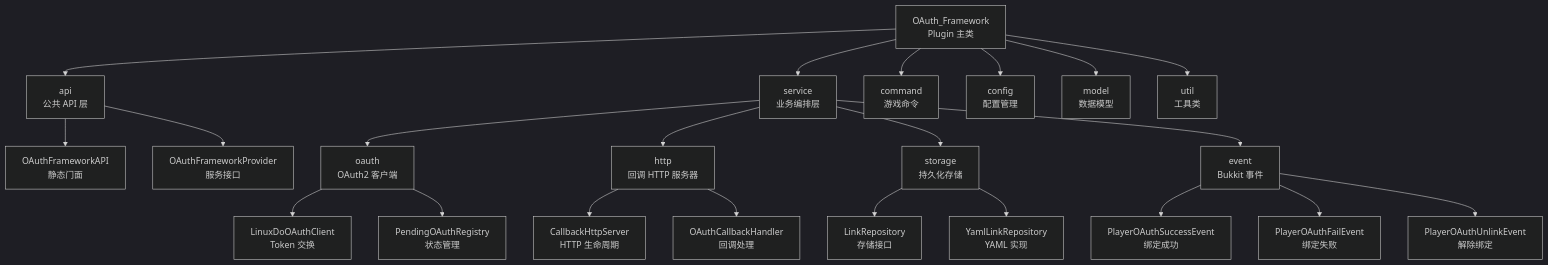
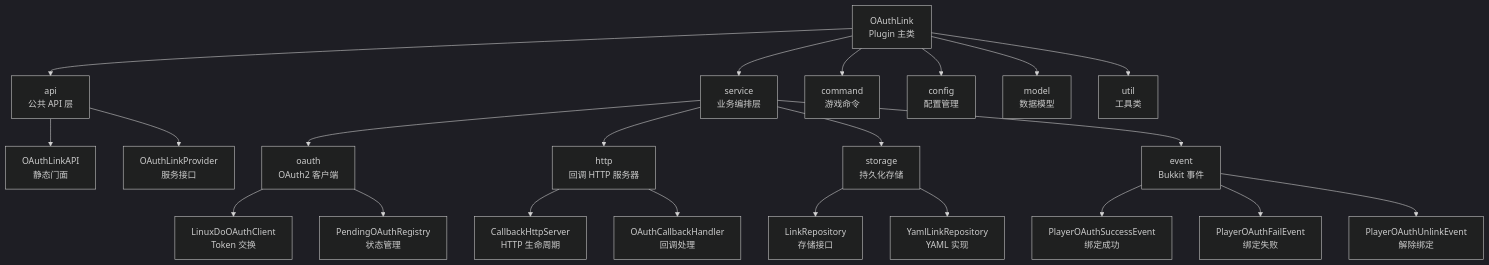
Before and after one commit to XiaoQ-xwx/MC-LinuxDO-OAuth-Link: the diagram in CLAUDE.md, drawn with Mermaid (dark theme). The commit also changed other lines of this file and 4 other files, not shown here.

````diff
--- a/CLAUDE.md
+++ b/CLAUDE.md
@@ -62,35 +62,35 @@
 ```mermaid
 graph TD
-    A["OAuth_Framework<br/>Plugin 主类"] --> B["api<br/>公共 API 层"]
+    A["OAuthLink<br/>Plugin 主类"] --> B["api<br/>公共 API 层"]
     A --> C["service<br/>业务编排层"]
     A --> D["command<br/>游戏命令"]
-    B --> E["OAuthFrameworkAPI<br/>静态门面"]
-    B --> F["OAuthFrameworkProvider<br/>服务接口"]
+    B --> E["OAuthLinkAPI<br/>静态门面"]
+    B --> F["OAuthLinkProvider<br/>服务接口"]
     C --> G["oauth<br/>OAuth2 客户端"]
     C --> H["http<br/>回调 HTTP 服务器"]
     C --> I["storage<br/>持久化存储"]
     C --> J["event<br/>Bukkit 事件"]
     G --> K["LinuxDoOAuthClient<br/>Token 交换"]
     G --> L["PendingOAuthRegistry<br/>状态管理"]
     H --> M["CallbackHttpServer<br/>HTTP 生命周期"]
     H --> N["OAuthCallbackHandler<br/>回调处理"]
     I --> O["LinkRepository<br/>存储接口"]
     I --> P["YamlLinkRepository<br/>YAML 实现"]
     J --> Q["PlayerOAuthSuccessEvent<br/>绑定成功"]
     J --> R["PlayerOAuthFailEvent<br/>绑定失败"]
     J --> S["PlayerOAuthUnlinkEvent<br/>解除绑定"]
     A --> T["config<br/>配置管理"]
     A --> U["model<br/>数据模型"]
     A --> V["util<br/>工具类"]
 
-    click B "./src/main/java/org/OAuth_Framework/oAuth_Framework/api/CLAUDE.md" "查看 api 模块文档"
-    click C "./src/main/java/org/OAuth_Framework/oAuth_Framework/service/CLAUDE.md" "查看 service 模块文档"
-    click D "./src/main/java/org/OAuth_Framework/oAuth_Framework/command/CLAUDE.md" "查看 command 模块文档"
-    click G "./src/main/java/org/OAuth_Framework/oAuth_Framework/oauth/CLAUDE.md" "查看 oauth 模块文档"
-    click H "./src/main/java/org/OAuth_Framework/oAuth_Framework/http/CLAUDE.md" "查看 http 模块文档"
-    click I "./src/main/java/org/OAuth_Framework/oAuth_Framework/storage/CLAUDE.md" "查看 storage 模块文档"
-    click J "./src/main/java/org/OAuth_Framework/oAuth_Framework/event/CLAUDE.md" "查看 event 模块文档"
-    click T "./src/main/java/org/OAuth_Framework/oAuth_Framework/config/CLAUDE.md" "查看 config 模块文档"
-    click U "./src/main/java/org/OAuth_Framework/oAuth_Framework/model/CLAUDE.md" "查看 model 模块文档"
-    click V "./src/main/java/org/OAuth_Framework/oAuth_Framework/util/CLAUDE.md" "查看 util 模块文档"
+    click B "./src/main/java/org/linuxdo/oauthlink/api/CLAUDE.md" "查看 api 模块文档"
+    click C "./src/main/java/org/linuxdo/oauthlink/service/CLAUDE.md" "查看 service 模块文档"
+    click D "./src/main/java/org/linuxdo/oauthlink/command/CLAUDE.md" "查看 command 模块文档"
+    click G "./src/main/java/org/linuxdo/oauthlink/oauth/CLAUDE.md" "查看 oauth 模块文档"
+    click H "./src/main/java/org/linuxdo/oauthlink/http/CLAUDE.md" "查看 http 模块文档"
+    click I "./src/main/java/org/linuxdo/oauthlink/storage/CLAUDE.md" "查看 storage 模块文档"
+    click J "./src/main/java/org/linuxdo/oauthlink/event/CLAUDE.md" "查看 event 模块文档"
+    click T "./src/main/java/org/linuxdo/oauthlink/config/CLAUDE.md" "查看 config 模块文档"
+    click U "./src/main/java/org/linuxdo/oauthlink/model/CLAUDE.md" "查看 model 模块文档"
+    click V "./src/main/java/org/linuxdo/oauthlink/util/CLAUDE.md" "查看 util 模块文档"
 ```
````
